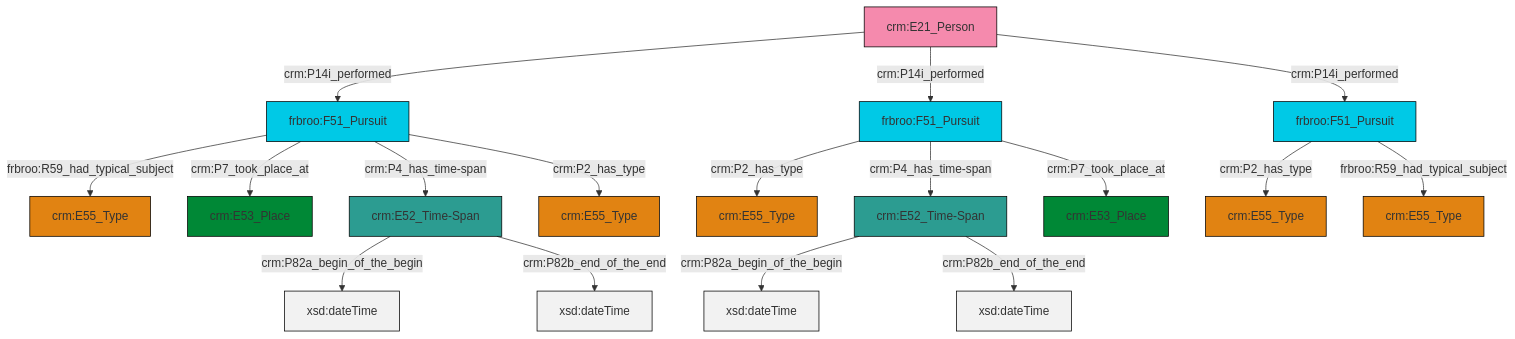
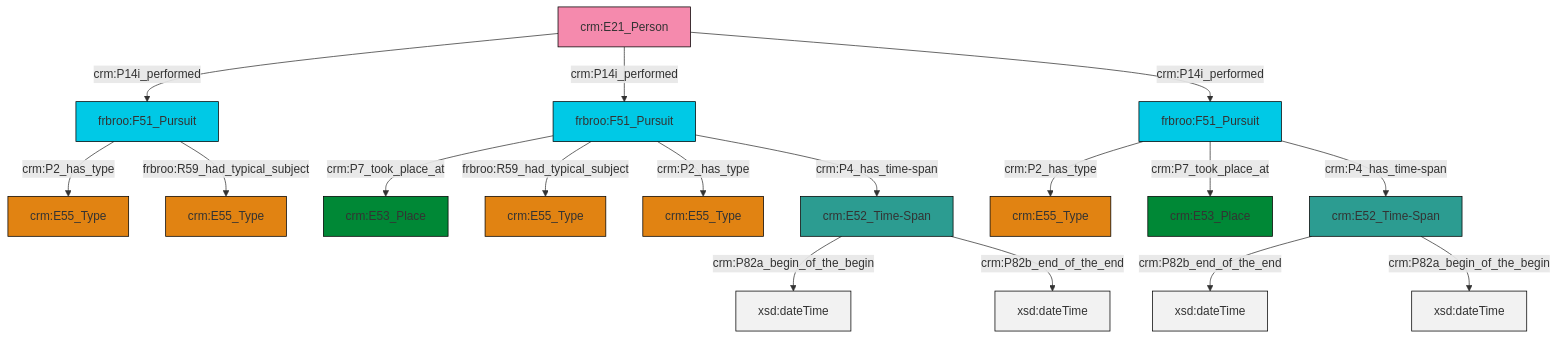
The diagram in et/personCSV/ttl/mmd/Person_Event.ttl.mmd (swiss-art-research-net/reference-data-models), drawn with Mermaid before and after one commit. The commit also changed 126 other files, not shown here.

```diff
--- a/et/personCSV/ttl/mmd/Person_Event.ttl.mmd
+++ b/et/personCSV/ttl/mmd/Person_Event.ttl.mmd
@@ -1,31 +1,31 @@
 graph TD
 classDef Literal fill:#f2f2f2,stroke:#000000;
 classDef CRM_Entity fill:#FFFFFF,stroke:#000000;
 classDef Temporal_Entity fill:#00C9E6, stroke:#000000;
 classDef Type fill:#E18312, stroke:#000000;
 classDef Time-Span fill:#2C9C91, stroke:#000000;
 classDef Appellation fill:#FFEB7F, stroke:#000000;
 classDef Place fill:#008836, stroke:#000000;
 classDef Persistent_Item fill:#B266B2, stroke:#000000;
 classDef Conceptual_Object fill:#FFD700, stroke:#000000;
 classDef Physical_Thing fill:#D2B48C, stroke:#000000;
 classDef Actor fill:#f58aad, stroke:#000000;
 classDef PC_Classes fill:#4ce600, stroke:#000000;
 classDef Multi fill:#cccccc,stroke:#000000;
 
-0["crm:E52_Time-Span"]:::Time-Span -->|crm:P82a_begin_of_the_begin| 1[xsd:dateTime]:::Literal
-7["frbroo:F51_Pursuit"]:::Temporal_Entity -->|crm:P2_has_type| 5["crm:E55_Type"]:::Type
-10["frbroo:F51_Pursuit"]:::Temporal_Entity -->|frbroo:R59_had_typical_subject| 11["crm:E55_Type"]:::Type
-10["frbroo:F51_Pursuit"]:::Temporal_Entity -->|crm:P7_took_place_at| 13["crm:E53_Place"]:::Place
-7["frbroo:F51_Pursuit"]:::Temporal_Entity -->|frbroo:R59_had_typical_subject| 14["crm:E55_Type"]:::Type
-15["crm:E21_Person"]:::Actor -->|crm:P14i_performed| 10["frbroo:F51_Pursuit"]:::Temporal_Entity
-19["frbroo:F51_Pursuit"]:::Temporal_Entity -->|crm:P2_has_type| 20["crm:E55_Type"]:::Type
-15["crm:E21_Person"]:::Actor -->|crm:P14i_performed| 19["frbroo:F51_Pursuit"]:::Temporal_Entity
-19["frbroo:F51_Pursuit"]:::Temporal_Entity -->|crm:P4_has_time-span| 0["crm:E52_Time-Span"]:::Time-Span
-10["frbroo:F51_Pursuit"]:::Temporal_Entity -->|crm:P4_has_time-span| 3["crm:E52_Time-Span"]:::Time-Span
-3["crm:E52_Time-Span"]:::Time-Span -->|crm:P82a_begin_of_the_begin| 25[xsd:dateTime]:::Literal
-15["crm:E21_Person"]:::Actor -->|crm:P14i_performed| 7["frbroo:F51_Pursuit"]:::Temporal_Entity
-19["frbroo:F51_Pursuit"]:::Temporal_Entity -->|crm:P7_took_place_at| 27["crm:E53_Place"]:::Place
-10["frbroo:F51_Pursuit"]:::Temporal_Entity -->|crm:P2_has_type| 8["crm:E55_Type"]:::Type
-3["crm:E52_Time-Span"]:::Time-Span -->|crm:P82b_end_of_the_end| 30[xsd:dateTime]:::Literal
-0["crm:E52_Time-Span"]:::Time-Span -->|crm:P82b_end_of_the_end| 31[xsd:dateTime]:::Literal
+6["crm:E21_Person"]:::Actor -->|crm:P14i_performed| 4["frbroo:F51_Pursuit"]:::Temporal_Entity
+9["crm:E52_Time-Span"]:::Time-Span -->|crm:P82b_end_of_the_end| 10[xsd:dateTime]:::Literal
+16["frbroo:F51_Pursuit"]:::Temporal_Entity -->|crm:P2_has_type| 2["crm:E55_Type"]:::Type
+18["frbroo:F51_Pursuit"]:::Temporal_Entity -->|crm:P7_took_place_at| 19["crm:E53_Place"]:::Place
+4["frbroo:F51_Pursuit"]:::Temporal_Entity -->|crm:P2_has_type| 0["crm:E55_Type"]:::Type
+6["crm:E21_Person"]:::Actor -->|crm:P14i_performed| 18["frbroo:F51_Pursuit"]:::Temporal_Entity
+20["crm:E52_Time-Span"]:::Time-Span -->|crm:P82a_begin_of_the_begin| 21[xsd:dateTime]:::Literal
+16["frbroo:F51_Pursuit"]:::Temporal_Entity -->|crm:P7_took_place_at| 7["crm:E53_Place"]:::Place
+18["frbroo:F51_Pursuit"]:::Temporal_Entity -->|frbroo:R59_had_typical_subject| 22["crm:E55_Type"]:::Type
+18["frbroo:F51_Pursuit"]:::Temporal_Entity -->|crm:P2_has_type| 12["crm:E55_Type"]:::Type
+9["crm:E52_Time-Span"]:::Time-Span -->|crm:P82a_begin_of_the_begin| 24[xsd:dateTime]:::Literal
+16["frbroo:F51_Pursuit"]:::Temporal_Entity -->|crm:P4_has_time-span| 9["crm:E52_Time-Span"]:::Time-Span
+4["frbroo:F51_Pursuit"]:::Temporal_Entity -->|frbroo:R59_had_typical_subject| 14["crm:E55_Type"]:::Type
+20["crm:E52_Time-Span"]:::Time-Span -->|crm:P82b_end_of_the_end| 28[xsd:dateTime]:::Literal
+18["frbroo:F51_Pursuit"]:::Temporal_Entity -->|crm:P4_has_time-span| 20["crm:E52_Time-Span"]:::Time-Span
+6["crm:E21_Person"]:::Actor -->|crm:P14i_performed| 16["frbroo:F51_Pursuit"]:::Temporal_Entity
```
